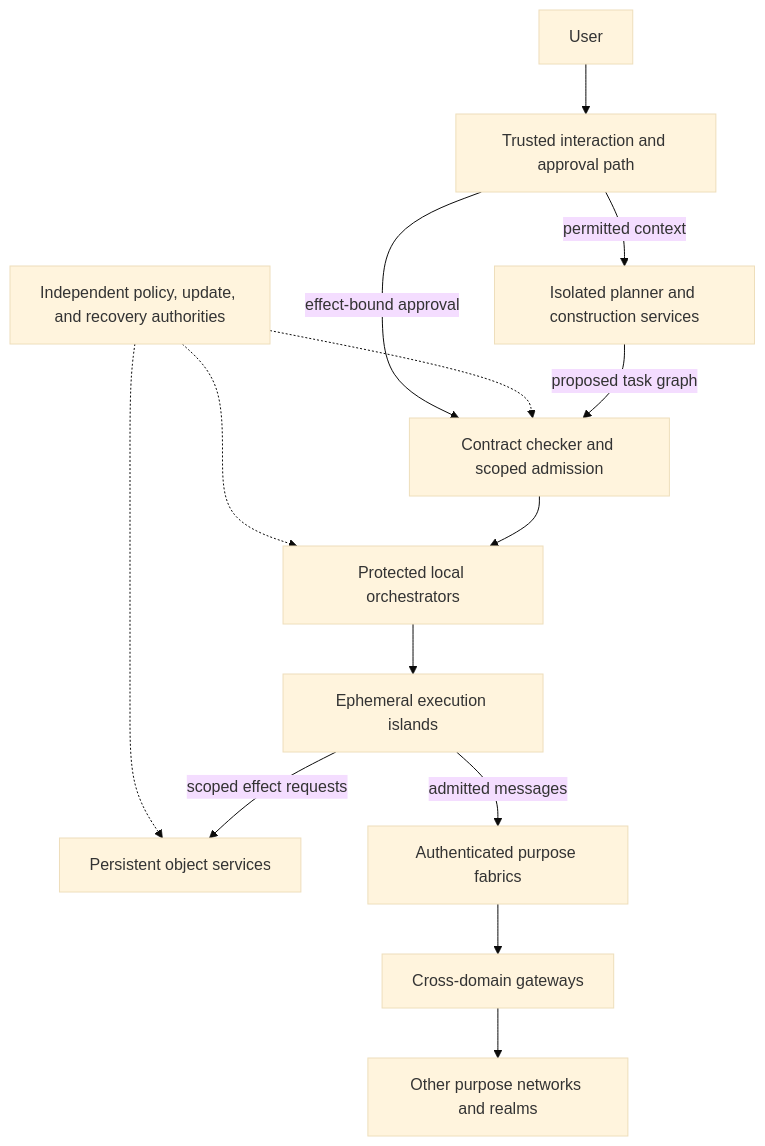
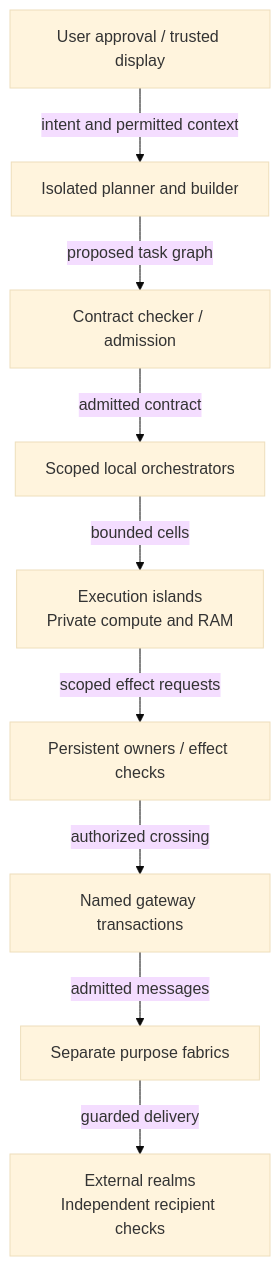
One commit to nshkrdotcom/ASKA changed the diagram in 01_architecture_and_reading_map.md. Above: the diagram before and after it, drawn with Mermaid (base theme). The commit also changed other lines of this file and 18 other files, not shown here.

````diff
--- a/01_architecture_and_reading_map.md
+++ b/01_architecture_and_reading_map.md
@@ -23,16 +25,20 @@
 ```mermaid
-flowchart TB
-  U[User] --> UI[Trusted interaction and approval path]
-  UI -->|permitted context| AI[Isolated planner and construction services]
-  AI -->|proposed task graph| V[Contract checker and scoped admission]
-  V --> O[Protected local orchestrators]
-  O --> C[Ephemeral execution islands]
-  C -->|scoped effect requests| S[Persistent object services]
-  C -->|admitted messages| A[Authenticated purpose fabrics]
-  A --> G[Cross-domain gateways]
-  G --> N[Other purpose networks and realms]
-  R[Independent policy, update, and recovery authorities] -.-> V
-  R -.-> O
-  R -.-> S
-  UI -->|effect-bound approval| V
+flowchart TD
+  U["User approval / trusted display"]
+  AI["Isolated planner and builder"]
+  V["Contract checker / admission"]
+  O["Scoped local orchestrators"]
+  C["Execution islands<br/>Private compute and RAM"]
+  S["Persistent owners / effect checks"]
+  G["Named gateway transactions"]
+  A["Separate purpose fabrics"]
+  N["External realms<br/>Independent recipient checks"]
+  U -->|intent and permitted context| AI
+  AI -->|proposed task graph| V
+  V -->|admitted contract| O
+  O -->|bounded cells| C
+  C -->|scoped effect requests| S
+  S -->|authorized crossing| G
+  G -->|admitted messages| A
+  A -->|guarded delivery| N
 ```
````
